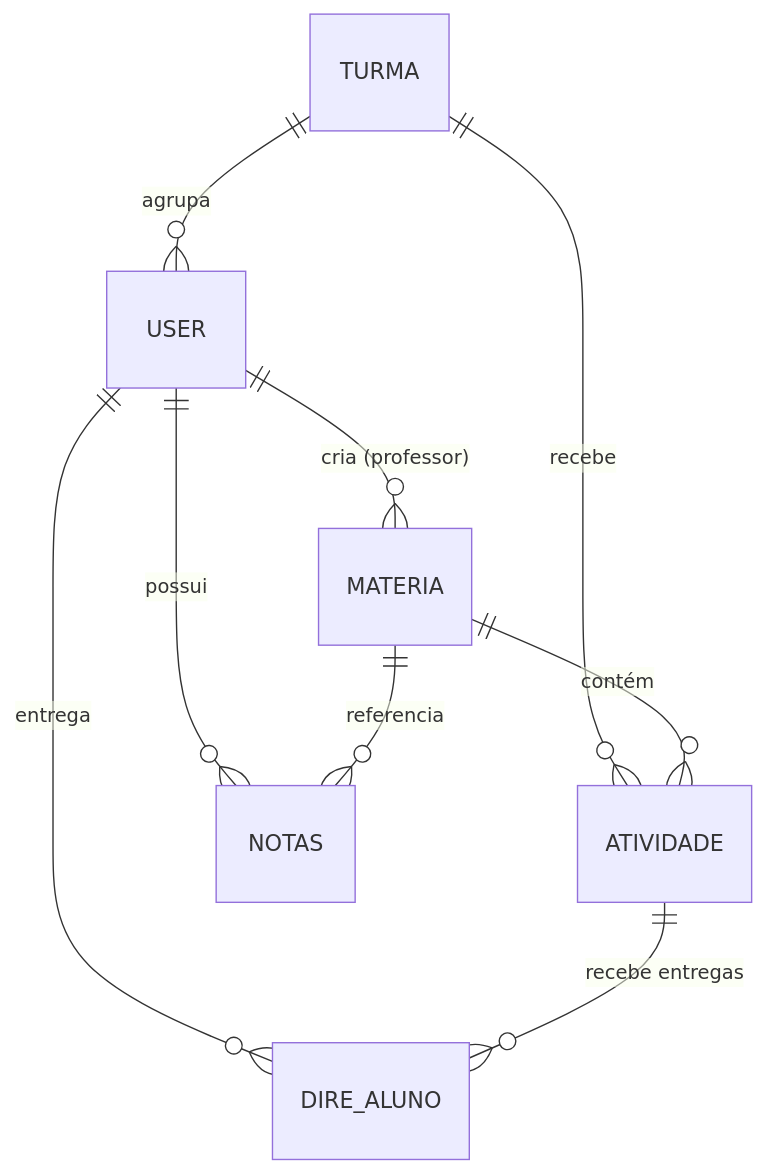
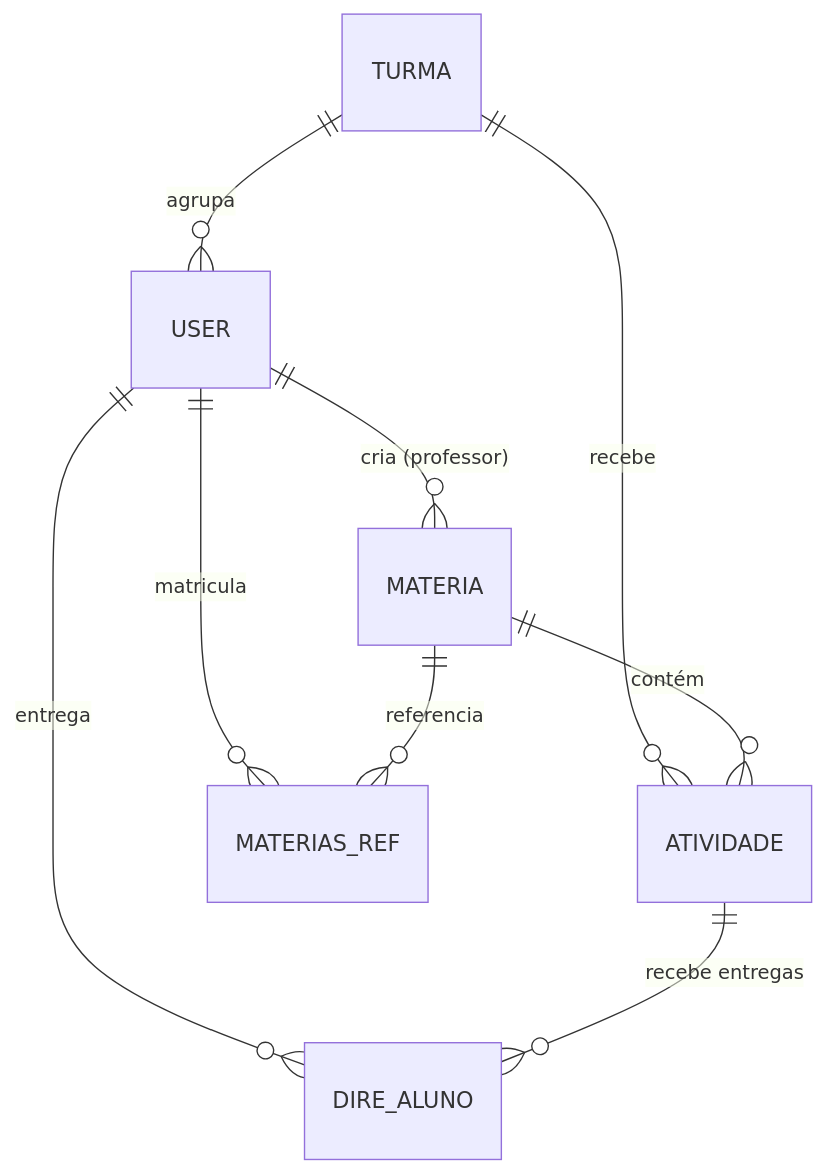
One commit to Ualter-Lab/SEA changed the diagram in README.md. Above: the diagram before and after it, drawn with Mermaid. The commit also changed other lines of this file, not shown here.

````diff
--- a/README.md
+++ b/README.md
@@ -115,11 +120,11 @@
 ```mermaid
 erDiagram
     TURMA ||--o{ USER : "agrupa"
     TURMA ||--o{ ATIVIDADE : "recebe"
     USER ||--o{ MATERIA : "cria (professor)"
     MATERIA ||--o{ ATIVIDADE : "contém"
-    USER ||--o{ NOTAS : "possui"
-    MATERIA ||--o{ NOTAS : "referencia"
+    USER ||--o{ MATERIAS_REF : "matricula"
+    MATERIA ||--o{ MATERIAS_REF : "referencia"
     USER ||--o{ DIRE_ALUNO : "entrega"
     ATIVIDADE ||--o{ DIRE_ALUNO : "recebe entregas"
 ```
````
